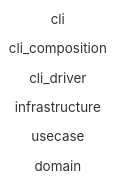
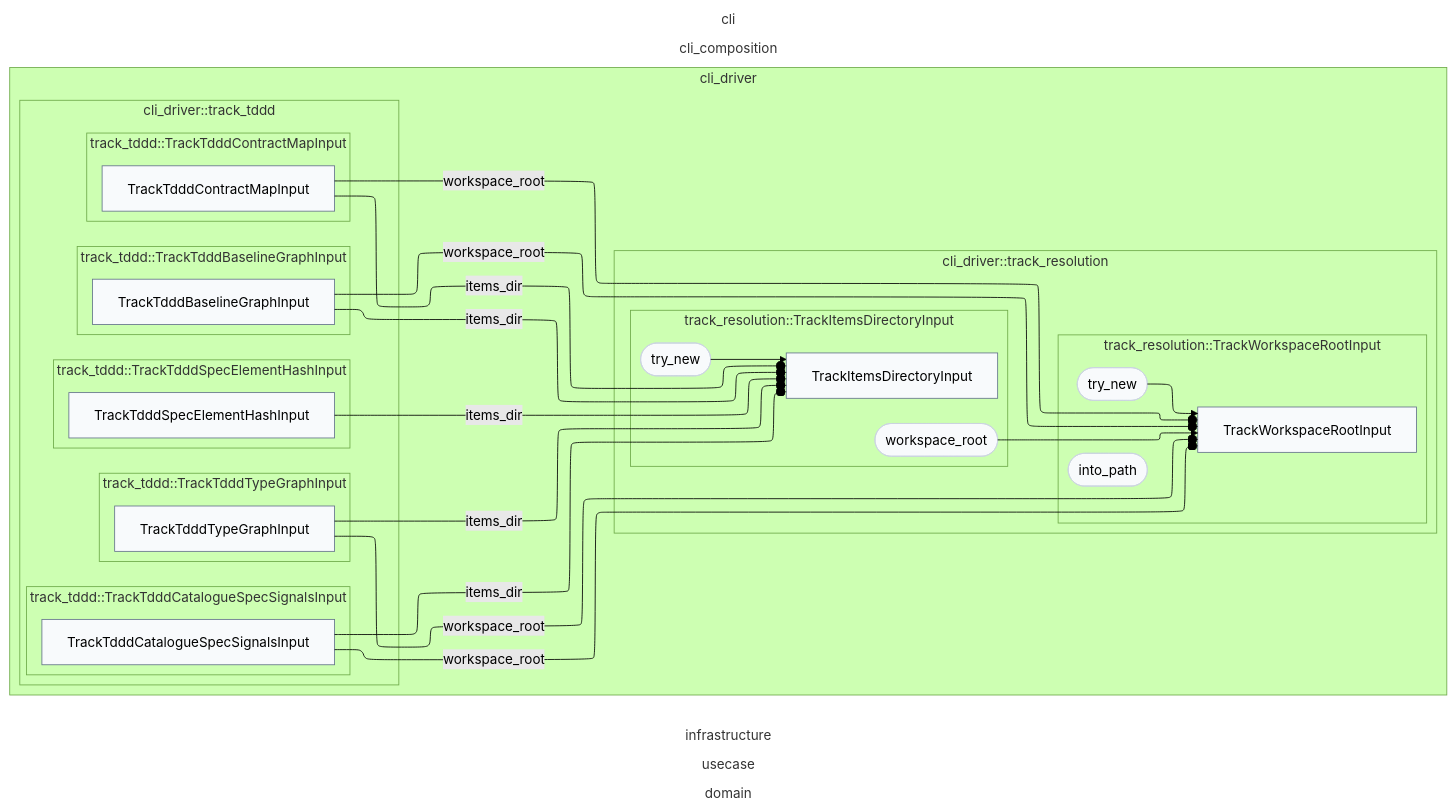
One commit to Flip451/SoTOHE-core changed the diagram in track/items/2026-09-04-catalogue-impl-signals-absolute-workspace-root/contract-map.md. Above: the diagram before and after it, drawn with Mermaid (forest theme). The commit also changed 23 other files, not shown here.

First line of the commit message:
feat(track): normalize catalogue-impl-signals workspace root

````diff
--- a/track/items/2026-09-04-catalogue-impl-signals-absolute-workspace-root/contract-map.md
+++ b/track/items/2026-09-04-catalogue-impl-signals-absolute-workspace-root/contract-map.md
@@ -43,6 +43,44 @@
 end
 subgraph L23_10_636c695f647269766572["cli_driver"]
   direction TB
+  subgraph M83_10_636c695f647269766572_10_636c695f647269766572_16_747261636b5f7265736f6c7574696f6e["cli_driver::track_resolution"]
+    direction TB
+  subgraph T159_10_636c695f647269766572_10_636c695f647269766572_54_636c695f6472697665723a3a747261636b5f7265736f6c7574696f6e3a3a547261636b4974656d734469726563746f7279496e707574["track_resolution::TrackItemsDirectoryInput"]
+    direction TB
+    T159_10_636c695f647269766572_10_636c695f647269766572_54_636c695f6472697665723a3a747261636b5f7265736f6c7574696f6e3a3a547261636b4974656d734469726563746f7279496e707574__self[TrackItemsDirectoryInput]
+    T159_10_636c695f647269766572_10_636c695f647269766572_54_636c695f6472697665723a3a747261636b5f7265736f6c7574696f6e3a3a547261636b4974656d734469726563746f7279496e707574_try_new([try_new])
+    T159_10_636c695f647269766572_10_636c695f647269766572_54_636c695f6472697665723a3a747261636b5f7265736f6c7574696f6e3a3a547261636b4974656d734469726563746f7279496e707574_workspace_root([workspace_root])
+  end
+  subgraph T157_10_636c695f647269766572_10_636c695f647269766572_53_636c695f6472697665723a3a747261636b5f7265736f6c7574696f6e3a3a547261636b576f726b7370616365526f6f74496e707574["track_resolution::TrackWorkspaceRootInput"]
+    direction TB
+    T157_10_636c695f647269766572_10_636c695f647269766572_53_636c695f6472697665723a3a747261636b5f7265736f6c7574696f6e3a3a547261636b576f726b7370616365526f6f74496e707574__self[TrackWorkspaceRootInput]
+    T157_10_636c695f647269766572_10_636c695f647269766572_53_636c695f6472697665723a3a747261636b5f7265736f6c7574696f6e3a3a547261636b576f726b7370616365526f6f74496e707574_try_new([try_new])
+    T157_10_636c695f647269766572_10_636c695f647269766572_53_636c695f6472697665723a3a747261636b5f7265736f6c7574696f6e3a3a547261636b576f726b7370616365526f6f74496e707574_into_path([into_path])
+  end
+  end
+  subgraph M71_10_636c695f647269766572_10_636c695f647269766572_10_747261636b5f74646464["cli_driver::track_tddd"]
+    direction TB
+  subgraph T153_10_636c695f647269766572_10_636c695f647269766572_51_636c695f6472697665723a3a747261636b5f746464643a3a547261636b54646464426173656c696e654772617068496e707574["track_tddd::TrackTdddBaselineGraphInput"]
+    direction TB
+    T153_10_636c695f647269766572_10_636c695f647269766572_51_636c695f6472697665723a3a747261636b5f746464643a3a547261636b54646464426173656c696e654772617068496e707574__self[TrackTdddBaselineGraphInput]
+  end
+  subgraph T167_10_636c695f647269766572_10_636c695f647269766572_58_636c695f6472697665723a3a747261636b5f746464643a3a547261636b54646464436174616c6f677565537065635369676e616c73496e707574["track_tddd::TrackTdddCatalogueSpecSignalsInput"]
+    direction TB
+    T167_10_636c695f647269766572_10_636c695f647269766572_58_636c695f6472697665723a3a747261636b5f746464643a3a547261636b54646464436174616c6f677565537065635369676e616c73496e707574__self[TrackTdddCatalogueSpecSignalsInput]
+  end
+  subgraph T149_10_636c695f647269766572_10_636c695f647269766572_49_636c695f6472697665723a3a747261636b5f746464643a3a547261636b54646464436f6e74726163744d6170496e707574["track_tddd::TrackTdddContractMapInput"]
+    direction TB
+    T149_10_636c695f647269766572_10_636c695f647269766572_49_636c695f6472697665723a3a747261636b5f746464643a3a547261636b54646464436f6e74726163744d6170496e707574__self[TrackTdddContractMapInput]
+  end
+  subgraph T157_10_636c695f647269766572_10_636c695f647269766572_53_636c695f6472697665723a3a747261636b5f746464643a3a547261636b5464646453706563456c656d656e7448617368496e707574["track_tddd::TrackTdddSpecElementHashInput"]
+    direction TB
+    T157_10_636c695f647269766572_10_636c695f647269766572_53_636c695f6472697665723a3a747261636b5f746464643a3a547261636b5464646453706563456c656d656e7448617368496e707574__self[TrackTdddSpecElementHashInput]
+  end
+  subgraph T145_10_636c695f647269766572_10_636c695f647269766572_47_636c695f6472697665723a3a747261636b5f746464643a3a547261636b54646464547970654772617068496e707574["track_tddd::TrackTdddTypeGraphInput"]
+    direction TB
+    T145_10_636c695f647269766572_10_636c695f647269766572_47_636c695f6472697665723a3a747261636b5f746464643a3a547261636b54646464547970654772617068496e707574__self[TrackTdddTypeGraphInput]
+  end
+  end
 end
 subgraph L33_15_636c695f636f6d706f736974696f6e["cli_composition"]
   direction TB
@@ -50,4 +88,27 @@
 subgraph L8_3_636c69["cli"]
   direction TB
 end
+T159_10_636c695f647269766572_10_636c695f647269766572_54_636c695f6472697665723a3a747261636b5f7265736f6c7574696f6e3a3a547261636b4974656d734469726563746f7279496e707574_try_new --> T159_10_636c695f647269766572_10_636c695f647269766572_54_636c695f6472697665723a3a747261636b5f7265736f6c7574696f6e3a3a547261636b4974656d734469726563746f7279496e707574__self
+T159_10_636c695f647269766572_10_636c695f647269766572_54_636c695f6472697665723a3a747261636b5f7265736f6c7574696f6e3a3a547261636b4974656d734469726563746f7279496e707574_workspace_root --> T157_10_636c695f647269766572_10_636c695f647269766572_53_636c695f6472697665723a3a747261636b5f7265736f6c7574696f6e3a3a547261636b576f726b7370616365526f6f74496e707574__self
+T157_10_636c695f647269766572_10_636c695f647269766572_53_636c695f6472697665723a3a747261636b5f7265736f6c7574696f6e3a3a547261636b576f726b7370616365526f6f74496e707574_try_new --> T157_10_636c695f647269766572_10_636c695f647269766572_53_636c695f6472697665723a3a747261636b5f7265736f6c7574696f6e3a3a547261636b576f726b7370616365526f6f74496e707574__self
+T153_10_636c695f647269766572_10_636c695f647269766572_51_636c695f6472697665723a3a747261636b5f746464643a3a547261636b54646464426173656c696e654772617068496e707574__self --o|items_dir| T159_10_636c695f647269766572_10_636c695f647269766572_54_636c695f6472697665723a3a747261636b5f7265736f6c7574696f6e3a3a547261636b4974656d734469726563746f7279496e707574__self
+T153_10_636c695f647269766572_10_636c695f647269766572_51_636c695f6472697665723a3a747261636b5f746464643a3a547261636b54646464426173656c696e654772617068496e707574__self --o|workspace_root| T157_10_636c695f647269766572_10_636c695f647269766572_53_636c695f6472697665723a3a747261636b5f7265736f6c7574696f6e3a3a547261636b576f726b7370616365526f6f74496e707574__self
+T167_10_636c695f647269766572_10_636c695f647269766572_58_636c695f6472697665723a3a747261636b5f746464643a3a547261636b54646464436174616c6f677565537065635369676e616c73496e707574__self --o|items_dir| T159_10_636c695f647269766572_10_636c695f647269766572_54_636c695f6472697665723a3a747261636b5f7265736f6c7574696f6e3a3a547261636b4974656d734469726563746f7279496e707574__self
+T167_10_636c695f647269766572_10_636c695f647269766572_58_636c695f6472697665723a3a747261636b5f746464643a3a547261636b54646464436174616c6f677565537065635369676e616c73496e707574__self --o|workspace_root| T157_10_636c695f647269766572_10_636c695f647269766572_53_636c695f6472697665723a3a747261636b5f7265736f6c7574696f6e3a3a547261636b576f726b7370616365526f6f74496e707574__self
+T149_10_636c695f647269766572_10_636c695f647269766572_49_636c695f6472697665723a3a747261636b5f746464643a3a547261636b54646464436f6e74726163744d6170496e707574__self --o|items_dir| T159_10_636c695f647269766572_10_636c695f647269766572_54_636c695f6472697665723a3a747261636b5f7265736f6c7574696f6e3a3a547261636b4974656d734469726563746f7279496e707574__self
+T149_10_636c695f647269766572_10_636c695f647269766572_49_636c695f6472697665723a3a747261636b5f746464643a3a547261636b54646464436f6e74726163744d6170496e707574__self --o|workspace_root| T157_10_636c695f647269766572_10_636c695f647269766572_53_636c695f6472697665723a3a747261636b5f7265736f6c7574696f6e3a3a547261636b576f726b7370616365526f6f74496e707574__self
+T157_10_636c695f647269766572_10_636c695f647269766572_53_636c695f6472697665723a3a747261636b5f746464643a3a547261636b5464646453706563456c656d656e7448617368496e707574__self --o|items_dir| T159_10_636c695f647269766572_10_636c695f647269766572_54_636c695f6472697665723a3a747261636b5f7265736f6c7574696f6e3a3a547261636b4974656d734469726563746f7279496e707574__self
+T145_10_636c695f647269766572_10_636c695f647269766572_47_636c695f6472697665723a3a747261636b5f746464643a3a547261636b54646464547970654772617068496e707574__self --o|items_dir| T159_10_636c695f647269766572_10_636c695f647269766572_54_636c695f6472697665723a3a747261636b5f7265736f6c7574696f6e3a3a547261636b4974656d734469726563746f7279496e707574__self
+T145_10_636c695f647269766572_10_636c695f647269766572_47_636c695f6472697665723a3a747261636b5f746464643a3a547261636b54646464547970654772617068496e707574__self --o|workspace_root| T157_10_636c695f647269766572_10_636c695f647269766572_53_636c695f6472697665723a3a747261636b5f7265736f6c7574696f6e3a3a547261636b576f726b7370616365526f6f74496e707574__self
+class T159_10_636c695f647269766572_10_636c695f647269766572_54_636c695f6472697665723a3a747261636b5f7265736f6c7574696f6e3a3a547261636b4974656d734469726563746f7279496e707574_try_new method_node
+class T159_10_636c695f647269766572_10_636c695f647269766572_54_636c695f6472697665723a3a747261636b5f7265736f6c7574696f6e3a3a547261636b4974656d734469726563746f7279496e707574_workspace_root method_node
+class T159_10_636c695f647269766572_10_636c695f647269766572_54_636c695f6472697665723a3a747261636b5f7265736f6c7574696f6e3a3a547261636b4974656d734469726563746f7279496e707574__self dto
+class T157_10_636c695f647269766572_10_636c695f647269766572_53_636c695f6472697665723a3a747261636b5f7265736f6c7574696f6e3a3a547261636b576f726b7370616365526f6f74496e707574_try_new method_node
+class T157_10_636c695f647269766572_10_636c695f647269766572_53_636c695f6472697665723a3a747261636b5f7265736f6c7574696f6e3a3a547261636b576f726b7370616365526f6f74496e707574_into_path method_node
+class T157_10_636c695f647269766572_10_636c695f647269766572_53_636c695f6472697665723a3a747261636b5f7265736f6c7574696f6e3a3a547261636b576f726b7370616365526f6f74496e707574__self dto
+class T153_10_636c695f647269766572_10_636c695f647269766572_51_636c695f6472697665723a3a747261636b5f746464643a3a547261636b54646464426173656c696e654772617068496e707574__self dto
+class T167_10_636c695f647269766572_10_636c695f647269766572_58_636c695f6472697665723a3a747261636b5f746464643a3a547261636b54646464436174616c6f677565537065635369676e616c73496e707574__self dto
+class T149_10_636c695f647269766572_10_636c695f647269766572_49_636c695f6472697665723a3a747261636b5f746464643a3a547261636b54646464436f6e74726163744d6170496e707574__self dto
+class T157_10_636c695f647269766572_10_636c695f647269766572_53_636c695f6472697665723a3a747261636b5f746464643a3a547261636b5464646453706563456c656d656e7448617368496e707574__self dto
+class T145_10_636c695f647269766572_10_636c695f647269766572_47_636c695f6472697665723a3a747261636b5f746464643a3a547261636b54646464547970654772617068496e707574__self dto
 ```
````
